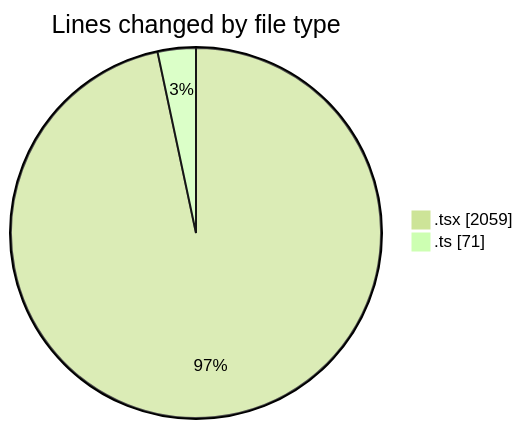
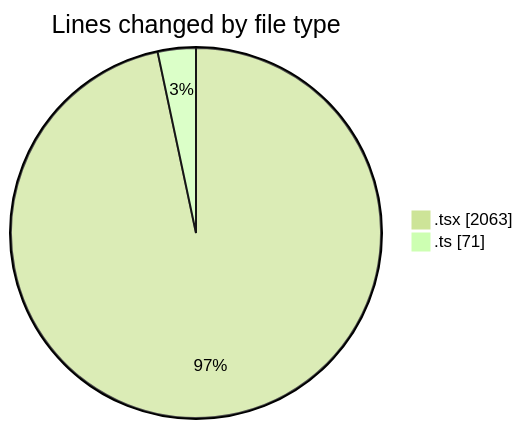
The first of 2 diagrams in 2025-02-11/cda/README.md (momahboobian/code-tracking), drawn with Mermaid (forest theme) before and after one commit. The commit also changed other lines of this file and 1 other file, not shown here.

````diff
--- a/2025-02-11/cda/README.md
+++ b/2025-02-11/cda/README.md
@@ -23,6 +23,6 @@
 ```mermaid
 pie showData
 title Lines changed by file type
-".tsx" : 2059
+".tsx" : 2063
 ".ts" : 71
 ```
````
